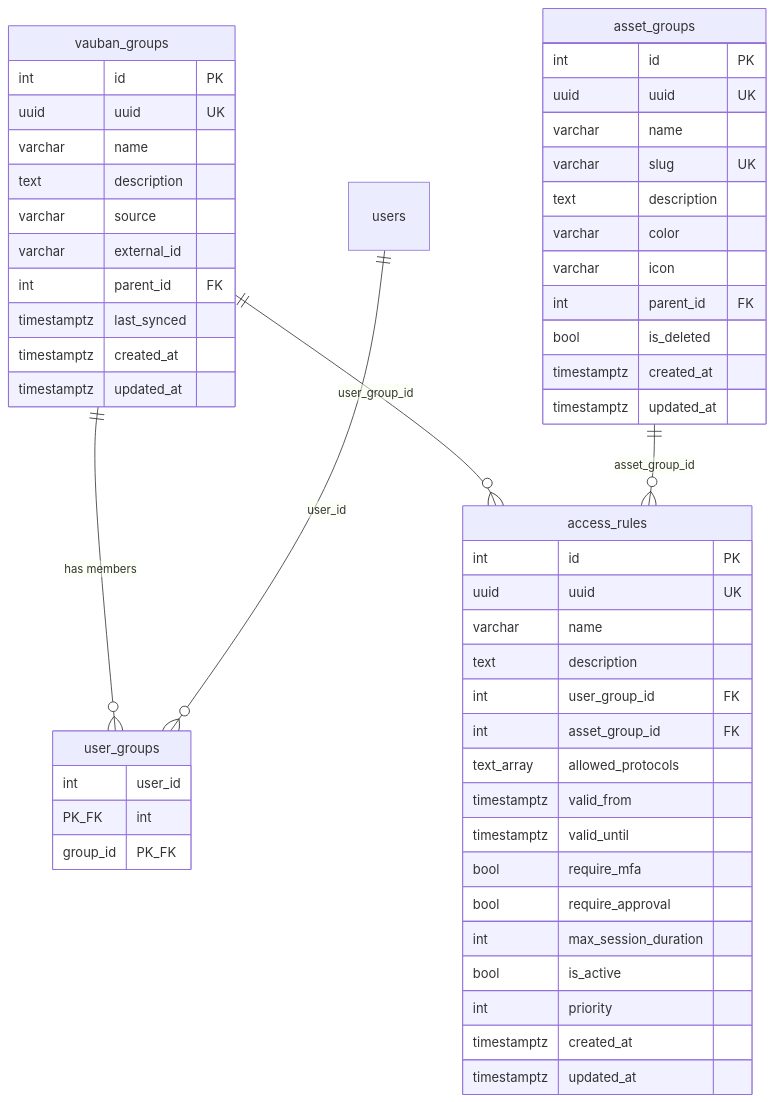
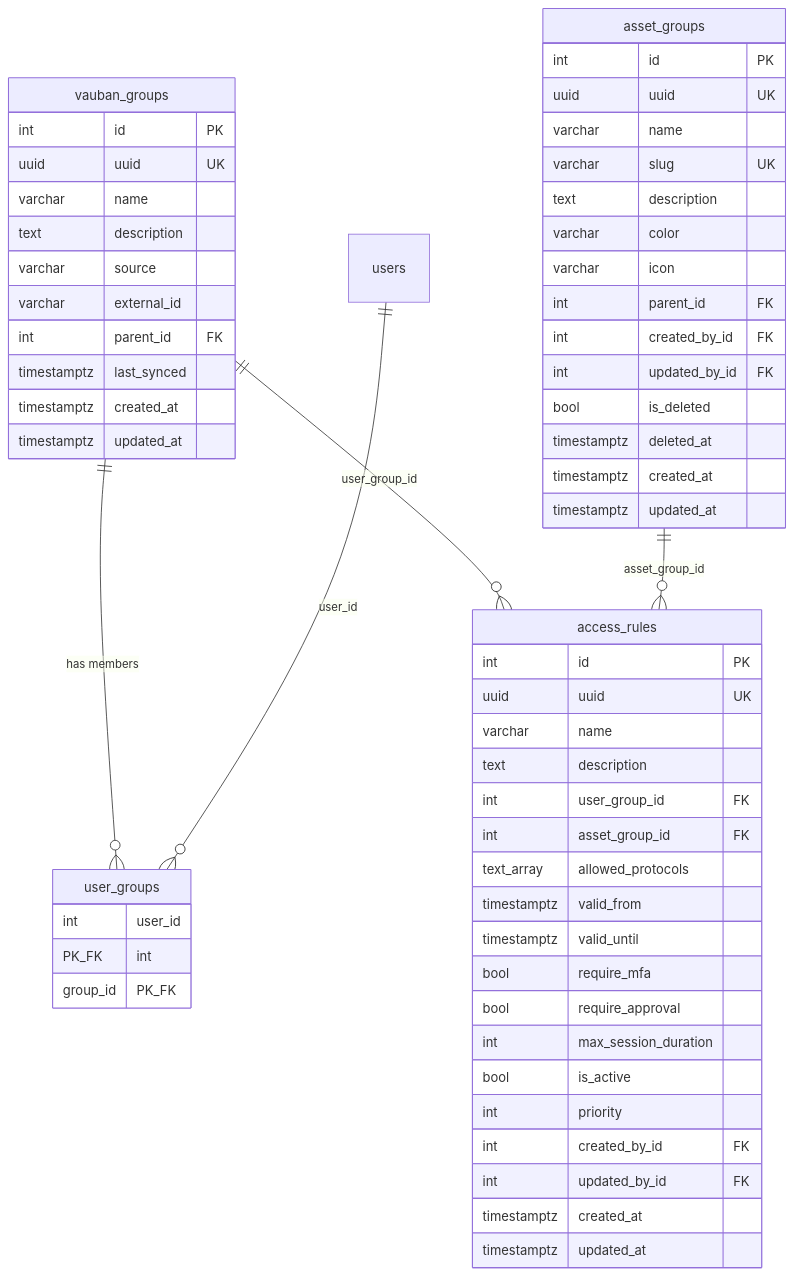
One commit to rbenaley/Vauban changed diagram 11 of 16 in docs/technical/Vauban_IAM_Architecture_EN(1.0).md. Above: the diagram before and after it, drawn with Mermaid. The commit also changed other lines of this file, not shown here.

First line of the commit message:
docs(iam): align IAM architecture doc with current implementation

````diff
--- a/docs/technical/Vauban_IAM_Architecture_EN(1.0).md
+++ b/docs/technical/Vauban_IAM_Architecture_EN(1.0).md
@@ -540,58 +554,63 @@
 ```mermaid
 erDiagram
     vauban_groups ||--o{ user_groups : "has members"
     vauban_groups ||--o{ access_rules : "user_group_id"
     asset_groups ||--o{ access_rules : "asset_group_id"
     users ||--o{ user_groups : "user_id"
 
     vauban_groups {
         int id PK
         uuid uuid UK
         varchar name
         text description
         varchar source
         varchar external_id
         int parent_id FK
         timestamptz last_synced
         timestamptz created_at
         timestamptz updated_at
     }
 
     user_groups {
         int user_id PK_FK
         int group_id PK_FK
     }
 
     asset_groups {
         int id PK
         uuid uuid UK
         varchar name
         varchar slug UK
         text description
         varchar color
         varchar icon
         int parent_id FK
+        int created_by_id FK
+        int updated_by_id FK
         bool is_deleted
+        timestamptz deleted_at
         timestamptz created_at
         timestamptz updated_at
     }
 
     access_rules {
         int id PK
         uuid uuid UK
         varchar name
         text description
         int user_group_id FK
         int asset_group_id FK
         text_array allowed_protocols
         timestamptz valid_from
         timestamptz valid_until
         bool require_mfa
         bool require_approval
         int max_session_duration
         bool is_active
         int priority
+        int created_by_id FK
+        int updated_by_id FK
         timestamptz created_at
         timestamptz updated_at
     }
 ```
````
